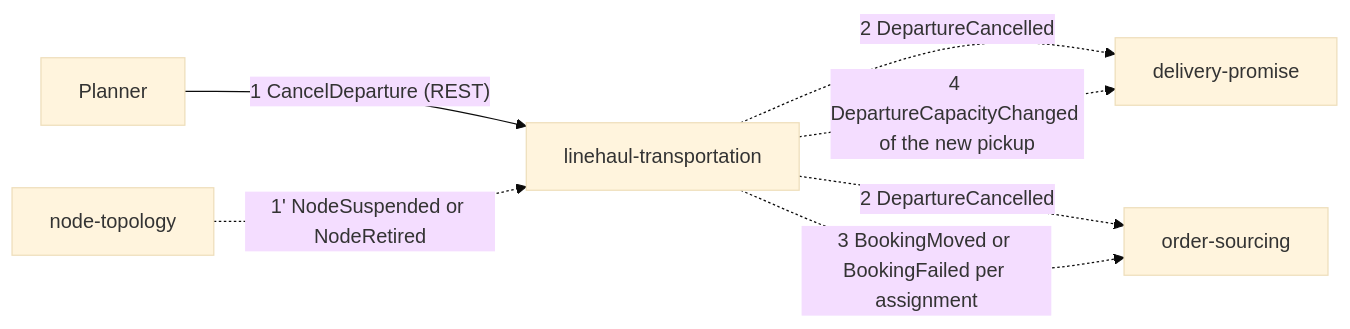
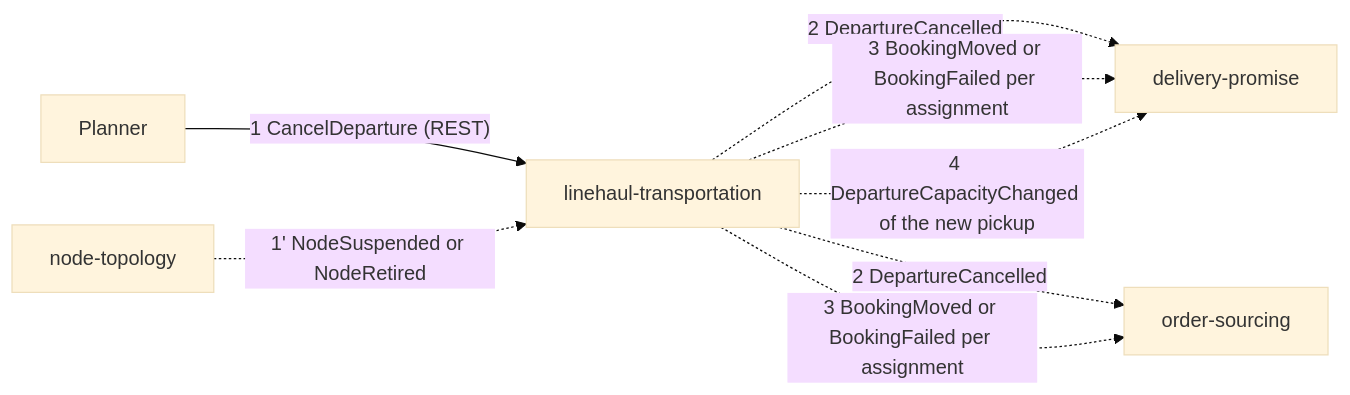
The second of 4 diagrams in docs/docs/ddd/domain-message-flow.md (IQVO/linehaul-transportation), drawn with Mermaid (base theme) before and after one commit. The commit also changed other lines of this file and 8 other files, not shown here.

````diff
--- a/docs/docs/ddd/domain-message-flow.md
+++ b/docs/docs/ddd/domain-message-flow.md
@@ -40,14 +40,15 @@
 ```mermaid
 flowchart LR
     PL[Planner]
     NT[node-topology]
     LH[linehaul-transportation]
     OS[order-sourcing]
     DP[delivery-promise]
     PL -- "1 CancelDeparture (REST)" --> LH
     NT -. "1' NodeSuspended or NodeRetired" .-> LH
     LH -. "2 DepartureCancelled" .-> DP
     LH -. "2 DepartureCancelled" .-> OS
     LH -. "3 BookingMoved or BookingFailed per assignment" .-> OS
+    LH -. "3 BookingMoved or BookingFailed per assignment" .-> DP
     LH -. "4 DepartureCapacityChanged of the new pickup" .-> DP
 ```
````
